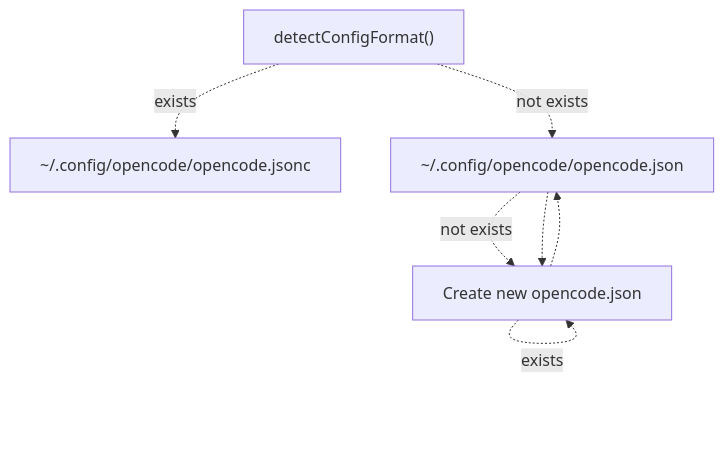
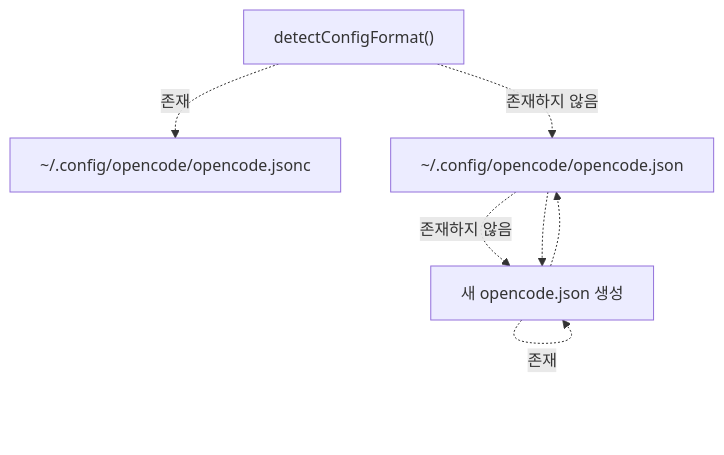
Before and after one commit to felipetruman/oh-my-opencode-docs: the third of 6 diagrams in docs/getting-started/installation.md, drawn with Mermaid. The commit also changed other lines of this file and 76 other files, not shown here.

````diff
--- a/docs/getting-started/installation.md
+++ b/docs/getting-started/installation.md
@@ -172,15 +172,15 @@
 ```mermaid
 flowchart TD
 
 Check["detectConfigFormat()"]
 Jsonc["~/.config/opencode/opencode.jsonc"]
 Json["~/.config/opencode/opencode.json"]
-None["Create new opencode.json"]
+None["새 opencode.json 생성"]
 
-Check -.->|"exists"| Jsonc
-Check -.->|"not exists"| Json
-Json -.->|"not exists"| None
-None -.->|"exists"| None
+Check -.->|"존재"| Jsonc
+Check -.->|"존재하지 않음"| Json
+Json -.->|"존재하지 않음"| None
+None -.->|"존재"| None
 None -.-> Json
 Json -.-> None
 ```
````
